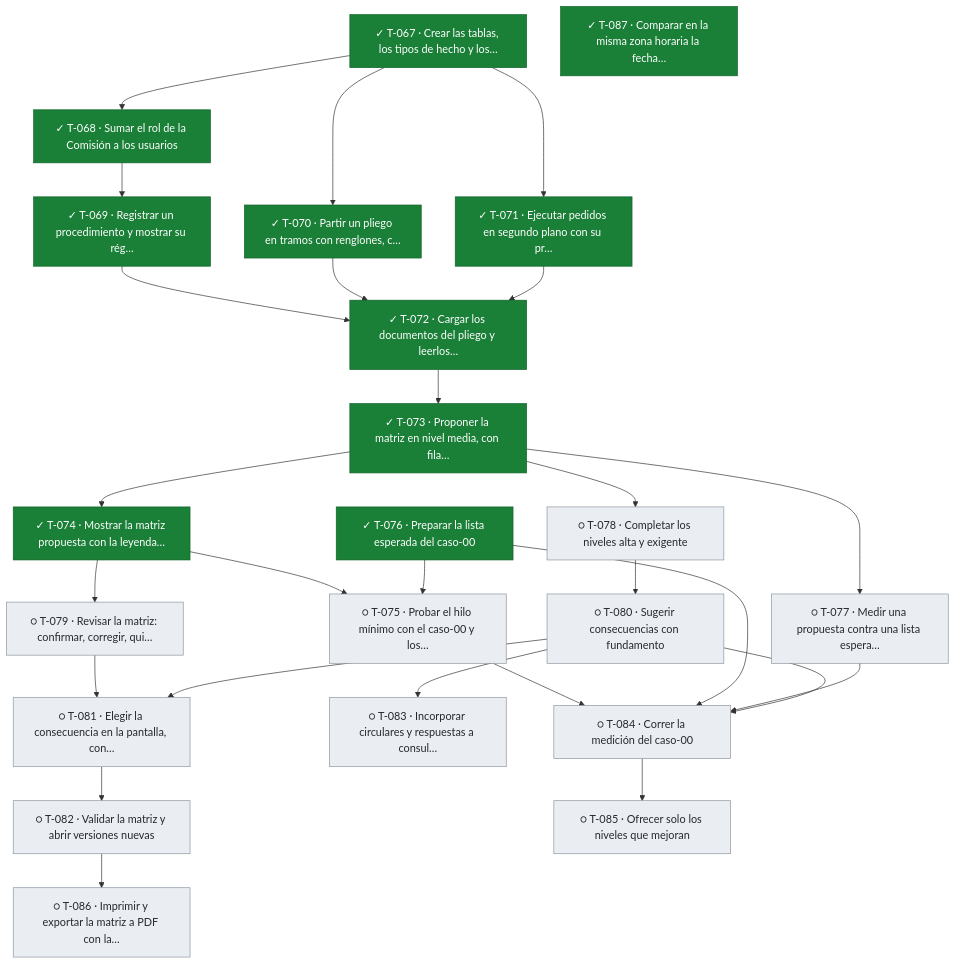
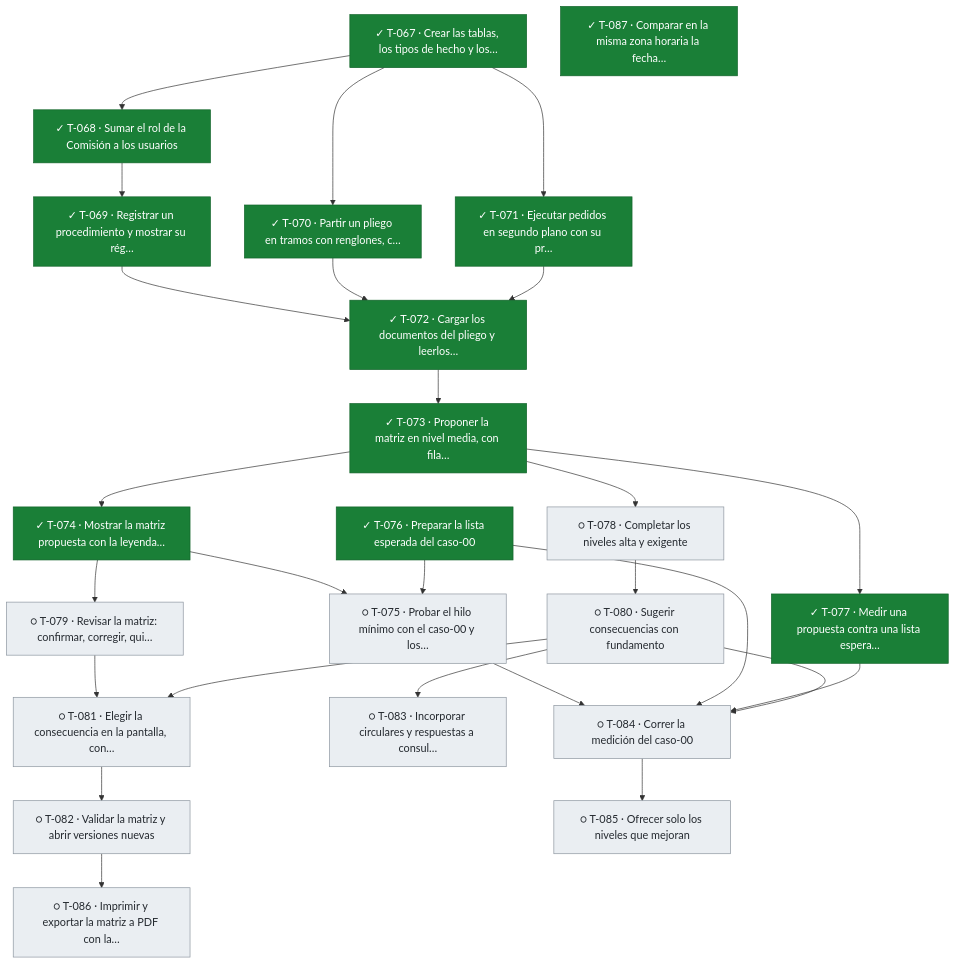
One commit to snavello/EVALUON changed the fifth of 5 diagrams in docs/tablero.md. Above: the diagram before and after it, drawn with Mermaid. The commit also changed other lines of this file and 1 other file, not shown here.

````diff
--- a/docs/tablero.md
+++ b/docs/tablero.md
@@ -400,54 +400,54 @@
 ```mermaid
 flowchart TD
   T067["✓ T-067 · Crear las tablas, los tipos de hecho y los…"]:::done
   T068["✓ T-068 · Sumar el rol de la Comisión a los usuarios"]:::done
   T069["✓ T-069 · Registrar un procedimiento y mostrar su rég…"]:::done
   T070["✓ T-070 · Partir un pliego en tramos con renglones, c…"]:::done
   T071["✓ T-071 · Ejecutar pedidos en segundo plano con su pr…"]:::done
   T072["✓ T-072 · Cargar los documentos del pliego y leerlos…"]:::done
   T073["✓ T-073 · Proponer la matriz en nivel media, con fila…"]:::done
   T074["✓ T-074 · Mostrar la matriz propuesta con la leyenda…"]:::done
   T075["○ T-075 · Probar el hilo mínimo con el caso-00 y los…"]:::todo
   T076["✓ T-076 · Preparar la lista esperada del caso-00"]:::done
-  T077["○ T-077 · Medir una propuesta contra una lista espera…"]:::todo
+  T077["✓ T-077 · Medir una propuesta contra una lista espera…"]:::done
   T078["○ T-078 · Completar los niveles alta y exigente"]:::todo
   T079["○ T-079 · Revisar la matriz: confirmar, corregir, qui…"]:::todo
   T080["○ T-080 · Sugerir consecuencias con fundamento"]:::todo
   T081["○ T-081 · Elegir la consecuencia en la pantalla, con…"]:::todo
   T082["○ T-082 · Validar la matriz y abrir versiones nuevas"]:::todo
   T083["○ T-083 · Incorporar circulares y respuestas a consul…"]:::todo
   T084["○ T-084 · Correr la medición del caso-00"]:::todo
   T085["○ T-085 · Ofrecer solo los niveles que mejoran"]:::todo
   T086["○ T-086 · Imprimir y exportar la matriz a PDF con la…"]:::todo
   T087["✓ T-087 · Comparar en la misma zona horaria la fecha…"]:::done
   T067 --> T068
   T068 --> T069
   T067 --> T070
   T067 --> T071
   T069 --> T072
   T070 --> T072
   T071 --> T072
   T072 --> T073
   T073 --> T074
   T074 --> T075
   T076 --> T075
   T073 --> T077
   T073 --> T078
   T074 --> T079
   T078 --> T080
   T079 --> T081
   T080 --> T081
   T081 --> T082
   T080 --> T083
   T075 --> T084
   T076 --> T084
   T077 --> T084
   T080 --> T084
   T084 --> T085
   T082 --> T086
   classDef done fill:#1a7f37,stroke:#116329,color:#ffffff
   classDef review fill:#0969da,stroke:#0550ae,color:#ffffff
   classDef active fill:#bf8700,stroke:#7d4e00,color:#ffffff
   classDef blocked fill:#cf222e,stroke:#a40e26,color:#ffffff
   classDef todo fill:#eaeef2,stroke:#8c959f,color:#24292f
 ```
````
